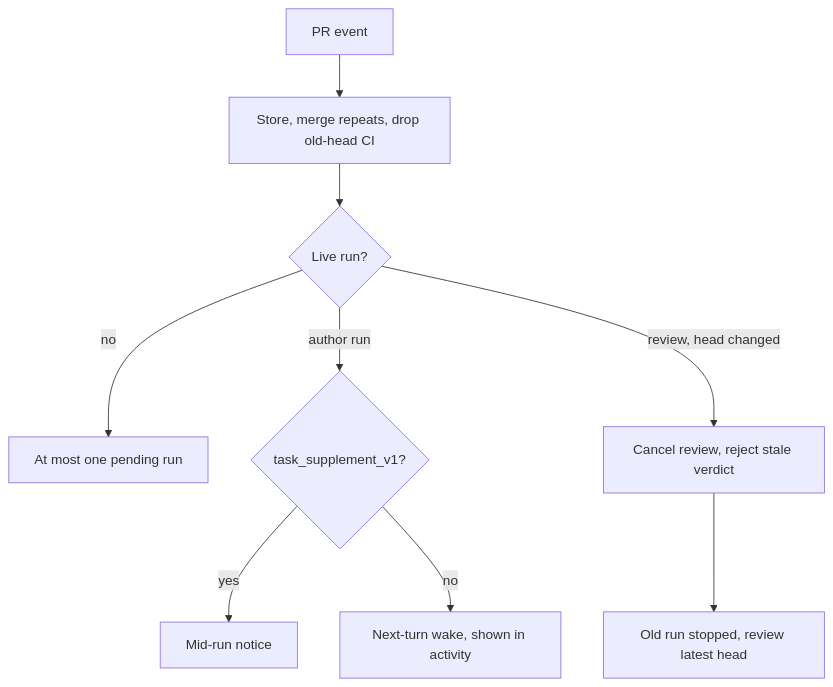
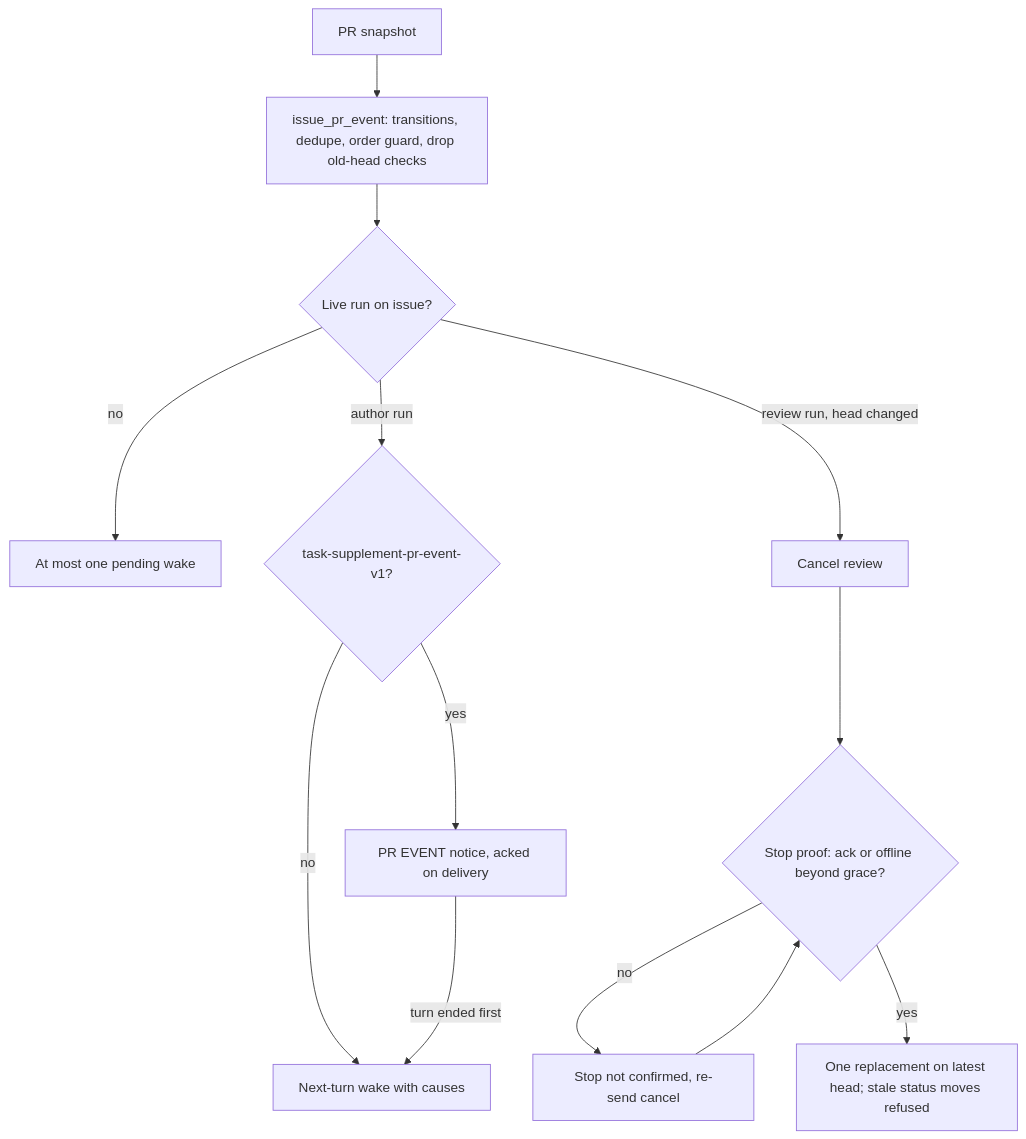
The diagram in docs/plans/CHE-2298-pr-events-live-run.md (cheese-work/multica), drawn with Mermaid before and after one commit. The commit also changed other lines of this file, not shown here.

Commit message:
docs(plans): CHE-2298 plan revision 2 for review findings

````diff
--- a/docs/plans/CHE-2298-pr-events-live-run.md
+++ b/docs/plans/CHE-2298-pr-events-live-run.md
@@ -39,11 +67,15 @@
 ```mermaid
 flowchart TD
-  E[PR event] --> P[Store, merge repeats, drop old-head CI]
-  P --> L{Live run?}
-  L -- no --> W[At most one pending run]
-  L -- author run --> C{task_supplement_v1?}
-  C -- yes --> S[Mid-run notice]
-  C -- no --> N[Next-turn wake, shown in activity]
-  L -- review, head changed --> X[Cancel review, reject stale verdict]
-  X --> R[Old run stopped, review latest head]
+  E[PR snapshot] --> P[issue_pr_event: transitions, dedupe, order guard, drop old-head checks]
+  P --> L{Live run on issue?}
+  L -- no --> W[At most one pending wake]
+  L -- author run --> C{task-supplement-pr-event-v1?}
+  C -- yes --> S[PR EVENT notice, acked on delivery]
+  C -- no --> N[Next-turn wake with causes]
+  S -- turn ended first --> N
+  L -- review run, head changed --> X[Cancel review]
+  X --> G{Stop proof: ack or offline beyond grace?}
+  G -- no --> H[Stop not confirmed, re-send cancel]
+  H --> G
+  G -- yes --> R[One replacement on latest head; stale status moves refused]
 ```
````
